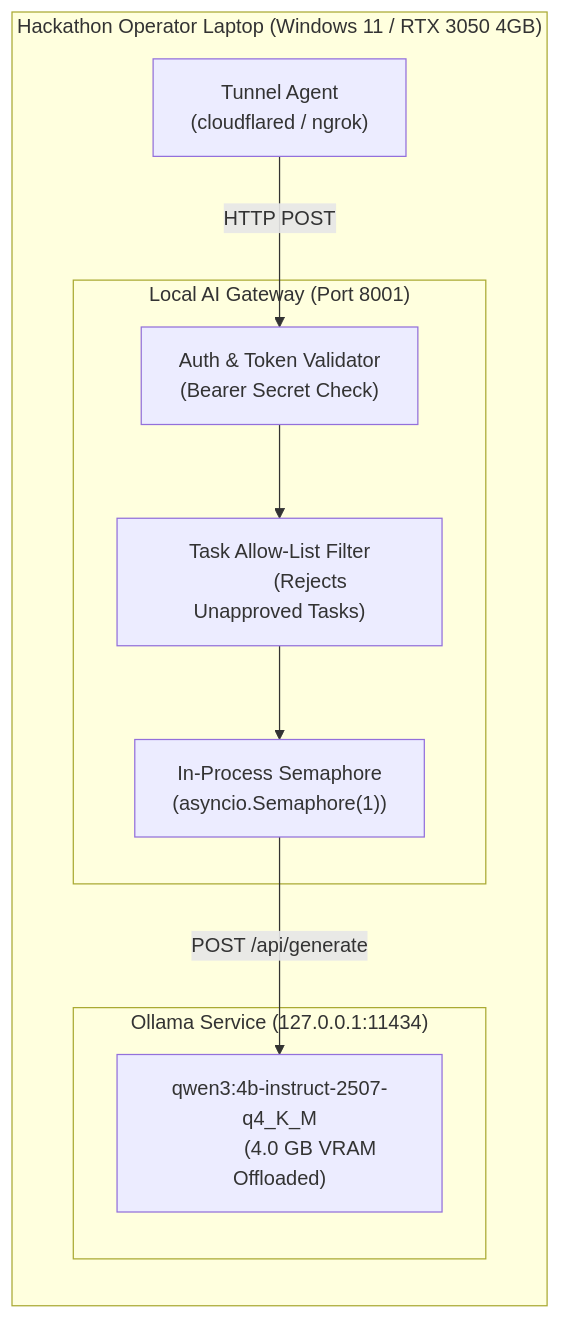
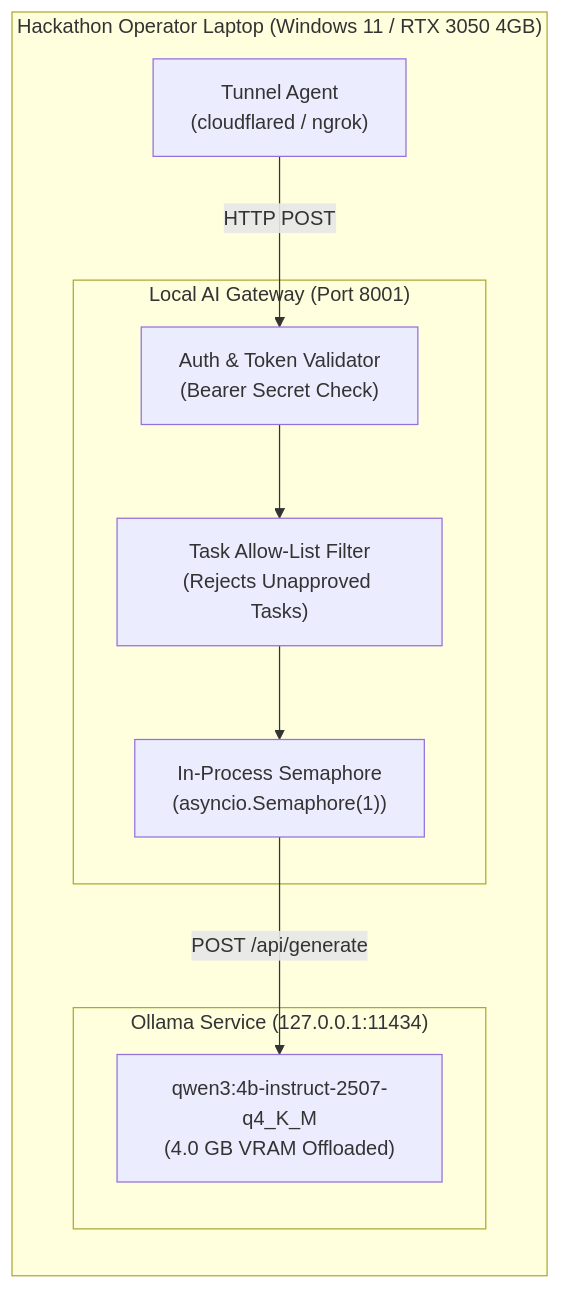
The second of 8 diagrams in docs/08-Deployment-Architecture.md (sharancode3/WorkSense), drawn with Mermaid before and after one commit. The commit also changed other lines of this file and 9 other files, not shown here.

Commit message:
fix(docs): resolve Mermaid syntax parse errors across all markdown specifications

````diff
--- a/docs/08-Deployment-Architecture.md
+++ b/docs/08-Deployment-Architecture.md
@@ -296,26 +290,22 @@
 ```mermaid
 flowchart LR
     subgraph LaptopHost["Hackathon Operator Laptop (Windows 11 / RTX 3050 4GB)"]
-        TUN_AGENT["Tunnel Agent
-        (cloudflared / ngrok)"]
+        TUN_AGENT["Tunnel Agent<br/>(cloudflared / ngrok)"]
         
         subgraph PythonGateway["Local AI Gateway (Port 8001)"]
-            AUTH_CHK["Auth & Token Validator
-            (Bearer Secret Check)"]
-            SEM["In-Process Semaphore
-            (asyncio.Semaphore(1))"]
-            TASK_FILTER["Task Allow-List Filter
-            (Rejects Unapproved Tasks)"]
+            AUTH_CHK["Auth & Token Validator<br/>(Bearer Secret Check)"]
+            SEM["In-Process Semaphore<br/>(asyncio.Semaphore(1))"]
+            TASK_FILTER["Task Allow-List Filter<br/>(Rejects Unapproved Tasks)"]
         end
         
         subgraph OllamaDaemon["Ollama Service (127.0.0.1:11434)"]
-            MODEL["qwen3:4b-instruct-2507-q4_K_M
-            (4.0 GB VRAM Offloaded)"]
+            MODEL["qwen3:4b-instruct-2507-q4_K_M<br/>(4.0 GB VRAM Offloaded)"]
         end
     end
 
-    TUN_AGENT -->|HTTP POST| AUTH_CHK
+    TUN_AGENT -->|"HTTP POST"| AUTH_CHK
     AUTH_CHK --> TASK_FILTER
     TASK_FILTER --> SEM
-    SEM -->|POST /api/generate| MODEL
+    SEM -->|"POST /api/generate"| MODEL
+
 ```
````
